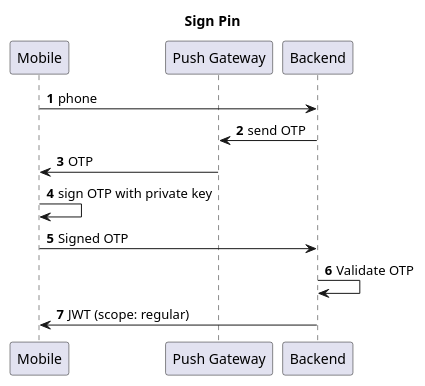
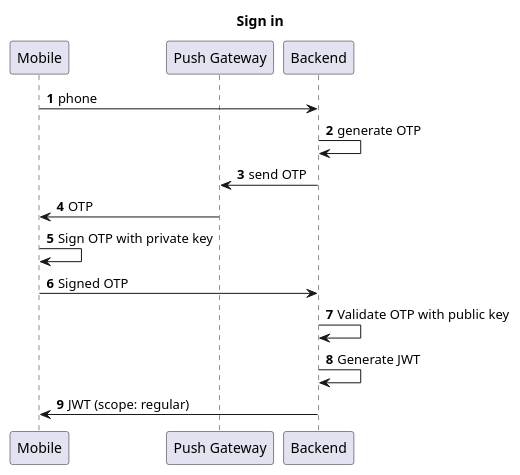
Before and after one commit to eslusarenko/HTBS: the diagram in Auth/signin.plantuml, drawn with PlantUML. The commit also changed 3 other files, not shown here.

```diff
--- a/Auth/signin.plantuml
+++ b/Auth/signin.plantuml
@@ -1,16 +1,18 @@
 @startuml
-title: Sign Pin
+title: Sign in
 
 participant Mobile as Mob
 participant "Push Gateway" as push
 participant Backend as Back
 
 autonumber
 Mob -> Back: phone
+Back -> Back: generate OTP
 Back -> push: send OTP
 push -> Mob: OTP
-Mob -> Mob: sign OTP with private key
+Mob -> Mob: Sign OTP with private key
 Mob -> Back: Signed OTP
-Back -> Back: Validate OTP
+Back -> Back: Validate OTP with public key
+Back -> Back: Generate JWT
 Back -> Mob: JWT (scope: regular)
 @enduml
```
